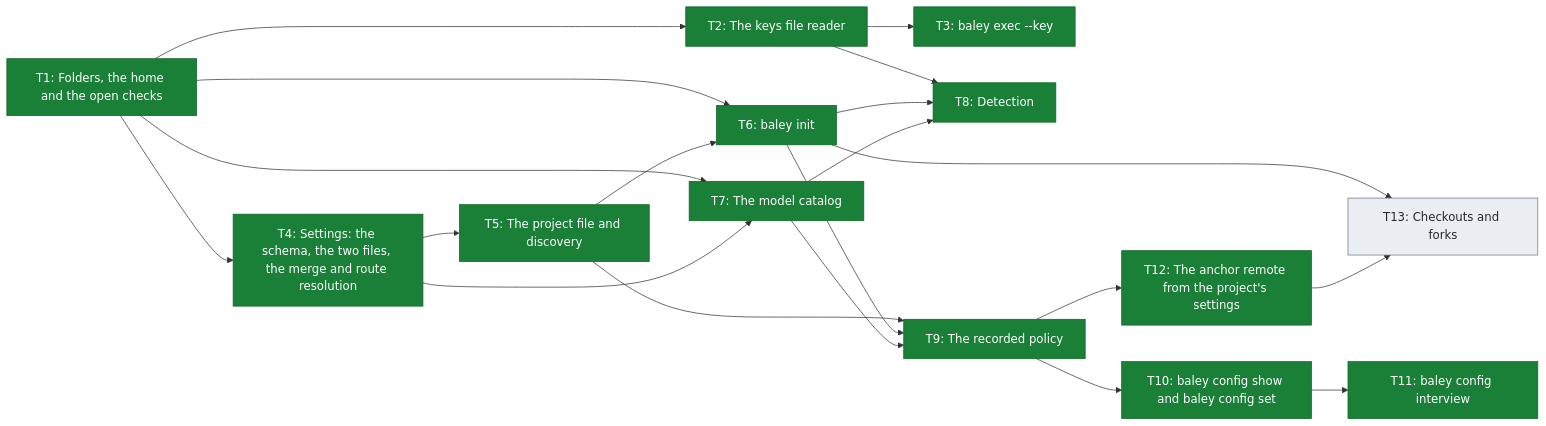
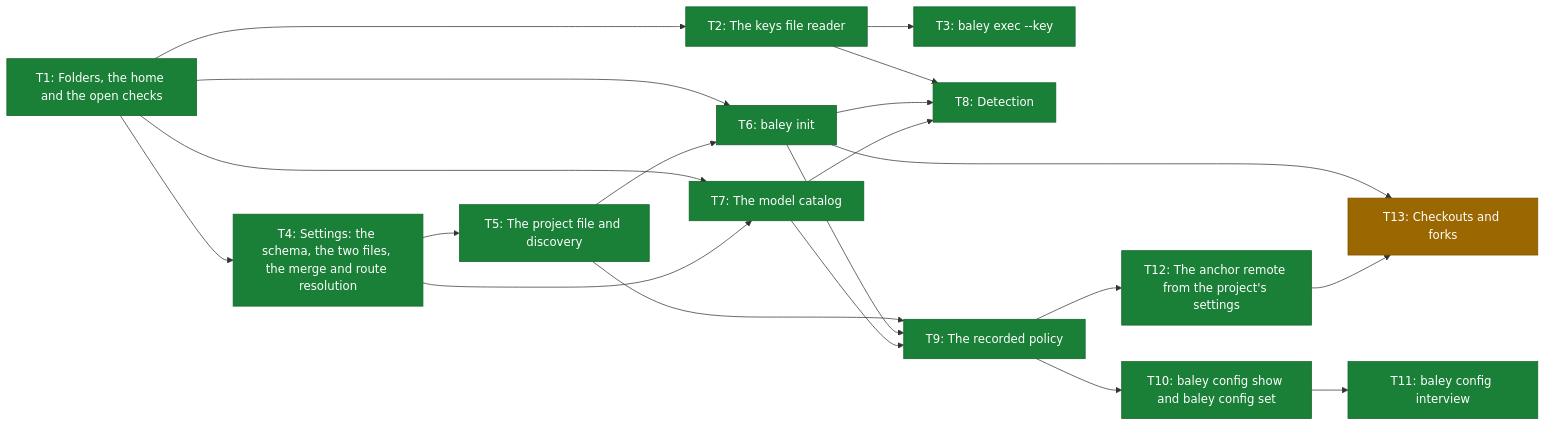
The third of 3 diagrams in docs/roadmap.md (crenshawdev/baley), drawn with Mermaid before and after one commit. The commit also changed other lines of this file, not shown here.

First line of the commit message:
docs(roadmap): show build 2 t13 in progress on the roadmap

````diff
--- a/docs/roadmap.md
+++ b/docs/roadmap.md
@@ -100,41 +100,42 @@
 ```mermaid
 flowchart LR
     T1["T1: Folders, the home and the open checks"]
     T2["T2: The keys file reader"]
     T3["T3: baley exec --key"]
     T4["T4: Settings: the schema, the two files, the merge and route resolution"]
     T5["T5: The project file and discovery"]
     T6["T6: baley init"]
     T7["T7: The model catalog"]
     T8["T8: Detection"]
     T9["T9: The recorded policy"]
     T10["T10: baley config show and baley config set"]
     T11["T11: baley config interview"]
     T12["T12: The anchor remote from the project's settings"]
     T13["T13: Checkouts and forks"]
 
     T1 --> T2
     T1 --> T4
     T1 --> T6
     T1 --> T7
     T2 --> T3
     T2 --> T8
     T4 --> T5
     T4 --> T7
     T5 --> T6
     T5 --> T9
     T6 --> T8
     T6 --> T9
     T6 --> T13
     T7 --> T8
     T7 --> T9
     T9 --> T10
     T9 --> T12
     T10 --> T11
     T12 --> T13
 
     classDef done fill:#1a7f37,stroke:#116329,color:#ffffff
+    classDef progress fill:#9a6700,stroke:#7d4e00,color:#ffffff
     classDef planned fill:#eaeef2,stroke:#6e7781,color:#24292f
     class T1,T2,T3,T4,T5,T6,T7,T8,T9,T10,T11,T12 done
-    class T13 planned
+    class T13 progress
 ```
````
